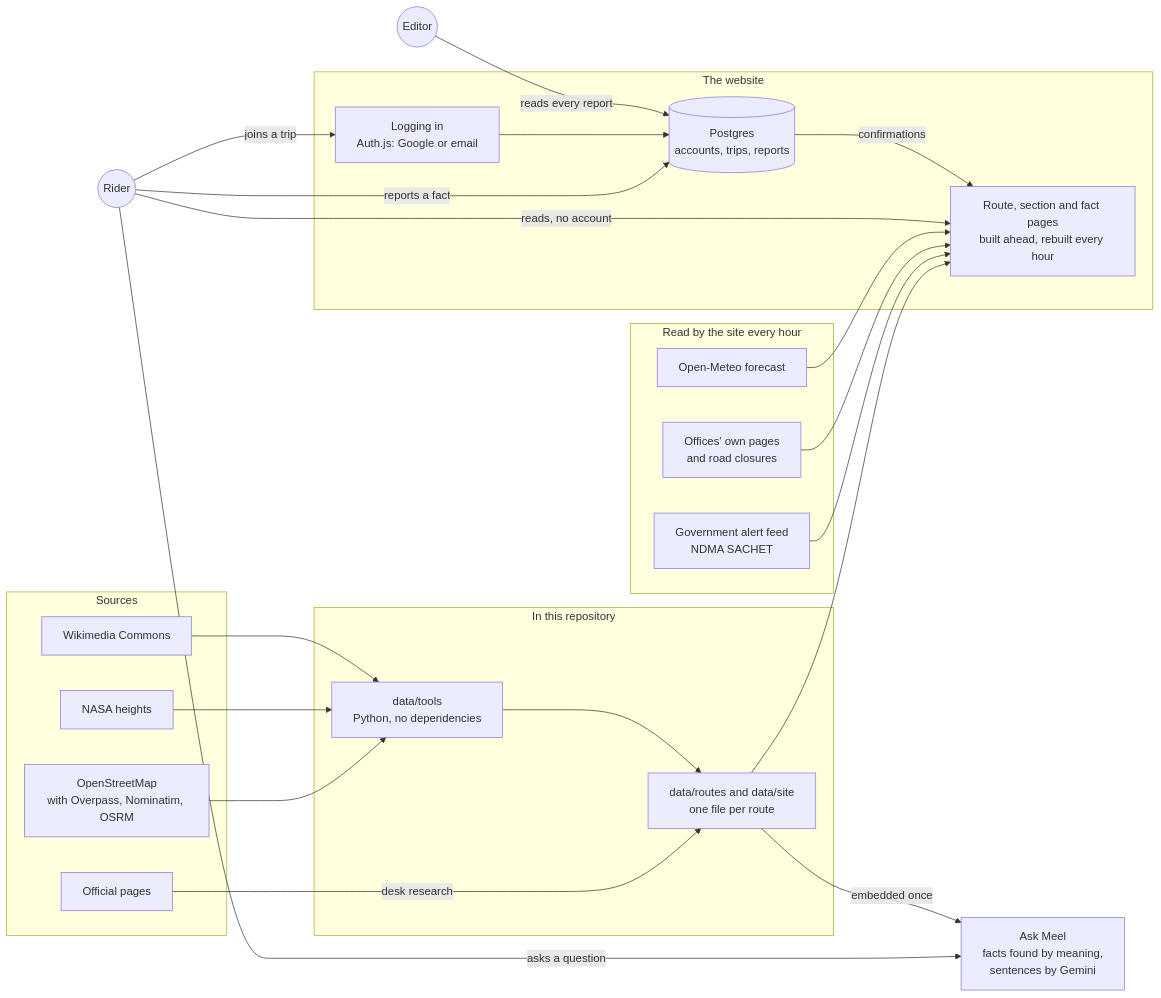
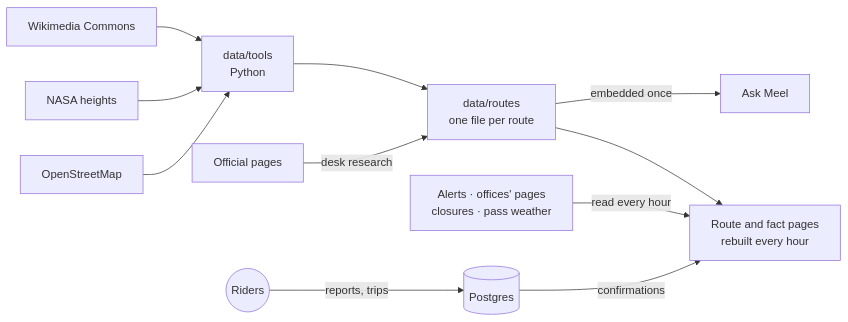
The third of 3 diagrams in README.md (vishalmeena2211/meel), drawn with Mermaid before and after one commit. The commit also changed other lines of this file and 1 other file, not shown here.

First line of the commit message:
README: pictures and flows first, the long words in docs/meel-in-detail.md

````diff
--- a/README.md
+++ b/README.md
@@ -103,38 +86,13 @@
 ```mermaid
 flowchart LR
-  subgraph sources ["Sources"]
-    OSM["OpenStreetMap<br/>with Overpass, Nominatim, OSRM"]
-    NASA["NASA heights"]
-    WM["Wikimedia Commons"]
-    GOV["Official pages"]
-  end
-  subgraph repo ["In this repository"]
-    TOOLS["data/tools<br/>Python, no dependencies"]
-    DATA["data/routes and data/site<br/>one file per route"]
-  end
-  subgraph live ["Read by the site every hour"]
-    ALERTS["Government alert feed<br/>NDMA SACHET"]
-    OFFICES["Offices' own pages<br/>and road closures"]
-    METEO["Open-Meteo forecast"]
-  end
-  subgraph site ["The website"]
-    PAGES["Route, section and fact pages<br/>built ahead, rebuilt every hour"]
-    AUTH["Logging in<br/>Auth.js: Google or email"]
-    DB[("Postgres<br/>accounts, trips, reports")]
-  end
-  OSM --> TOOLS
-  NASA --> TOOLS
-  WM --> TOOLS
-  GOV -->|desk research| DATA
-  TOOLS --> DATA --> PAGES
-  ALERTS --> PAGES
-  OFFICES --> PAGES
-  METEO --> PAGES
-  RIDER(("Rider")) -->|reads, no account| PAGES
-  RIDER -->|asks a question| ASK["Ask Meel<br/>facts found by meaning,<br/>sentences by Gemini"]
-  DATA -->|embedded once| ASK
-  RIDER -->|reports a fact| DB
-  RIDER -->|joins a trip| AUTH --> DB
-  EDITOR(("Editor")) -->|reads every report| DB
+  OSM["OpenStreetMap"] --> TOOLS["data/tools<br/>Python"]
+  NASA["NASA heights"] --> TOOLS
+  WM["Wikimedia Commons"] --> TOOLS
+  GOV["Official pages"] -->|desk research| DATA
+  TOOLS --> DATA["data/routes<br/>one file per route"]
+  DATA --> PAGES["Route and fact pages<br/>rebuilt every hour"]
+  DATA -->|embedded once| ASK["Ask Meel"]
+  LIVE["Alerts · offices' pages<br/>closures · pass weather"] -->|read every hour| PAGES
+  RIDERS(("Riders")) -->|reports, trips| DB[("Postgres")]
   DB -->|confirmations| PAGES
 ```
````
